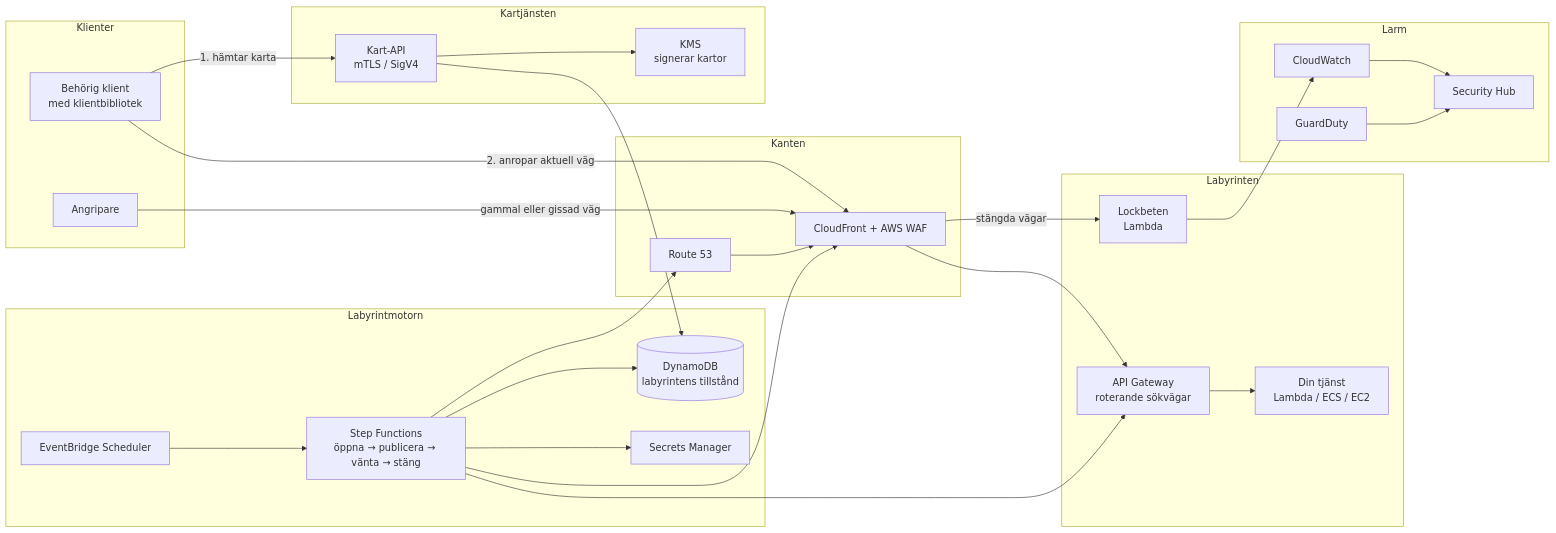
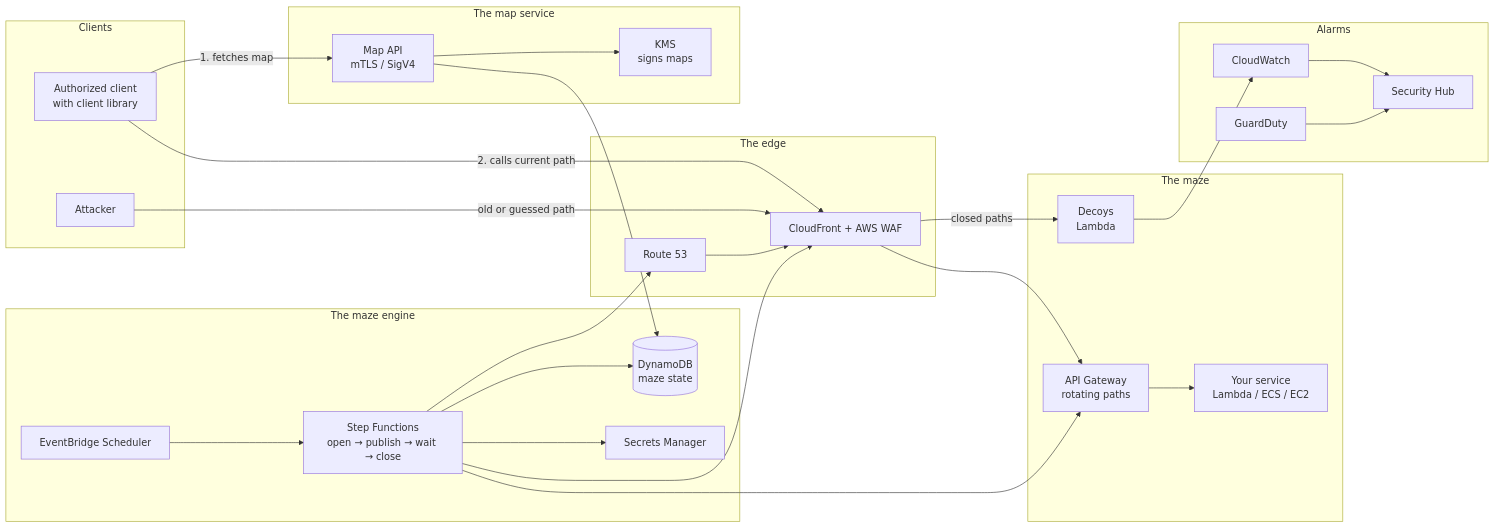
Before and after one commit to mikaelcarlevigg/cloud-maze: the diagram in README.md, drawn with Mermaid. The commit also changed other lines of this file and 14 other files, not shown here.

````diff
--- a/README.md
+++ b/README.md
@@ -124,53 +124,53 @@
 ```mermaid
 flowchart LR
-    subgraph Klienter
-        K[Behörig klient<br/>med klientbibliotek]
-        A[Angripare]
+    subgraph Clients
+        K[Authorized client<br/>with client library]
+        A[Attacker]
     end
 
-    subgraph Kant["Kanten"]
+    subgraph Edge["The edge"]
         CF[CloudFront + AWS WAF]
         R53[Route 53]
     end
 
-    subgraph Labyrint["Labyrinten"]
-        APIGW[API Gateway<br/>roterande sökvägar]
-        SVC[Din tjänst<br/>Lambda / ECS / EC2]
-        LOCK[Lockbeten<br/>Lambda]
+    subgraph Maze["The maze"]
+        APIGW[API Gateway<br/>rotating paths]
+        SVC[Your service<br/>Lambda / ECS / EC2]
+        LOCK[Decoys<br/>Lambda]
     end
 
-    subgraph Motor["Labyrintmotorn"]
+    subgraph Engine["The maze engine"]
         SCH[EventBridge Scheduler]
-        SFN[Step Functions<br/>öppna → publicera → vänta → stäng]
-        DDB[(DynamoDB<br/>labyrintens tillstånd)]
+        SFN[Step Functions<br/>open → publish → wait → close]
+        DDB[(DynamoDB<br/>maze state)]
         SM[Secrets Manager]
     end
 
-    subgraph Karta["Kartjänsten"]
-        MAP[Kart-API<br/>mTLS / SigV4]
-        KMS[KMS<br/>signerar kartor]
+    subgraph Map["The map service"]
+        MAP[Map API<br/>mTLS / SigV4]
+        KMS[KMS<br/>signs maps]
     end
 
-    subgraph Larm["Larm"]
+    subgraph Alarms["Alarms"]
         CW[CloudWatch]
         SH[Security Hub]
         GD[GuardDuty]
     end
 
-    K -->|1. hämtar karta| MAP
-    K -->|2. anropar aktuell väg| CF
-    A -->|gammal eller gissad väg| CF
+    K -->|1. fetches map| MAP
+    K -->|2. calls current path| CF
+    A -->|old or guessed path| CF
     R53 --> CF
     CF --> APIGW --> SVC
-    CF -->|stängda vägar| LOCK
+    CF -->|closed paths| LOCK
     SCH --> SFN
     SFN --> APIGW
     SFN --> CF
     SFN --> R53
     SFN --> SM
     SFN --> DDB
     MAP --> DDB
     MAP --> KMS
     LOCK --> CW --> SH
     GD --> SH
 ```
````
